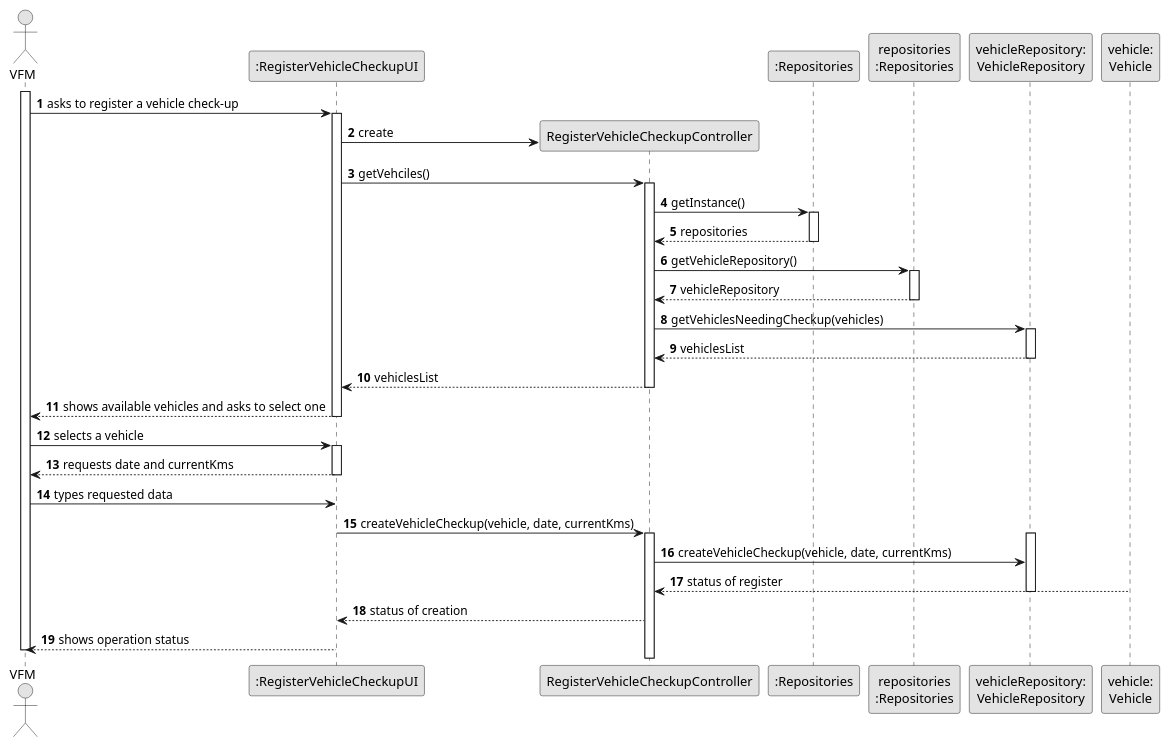
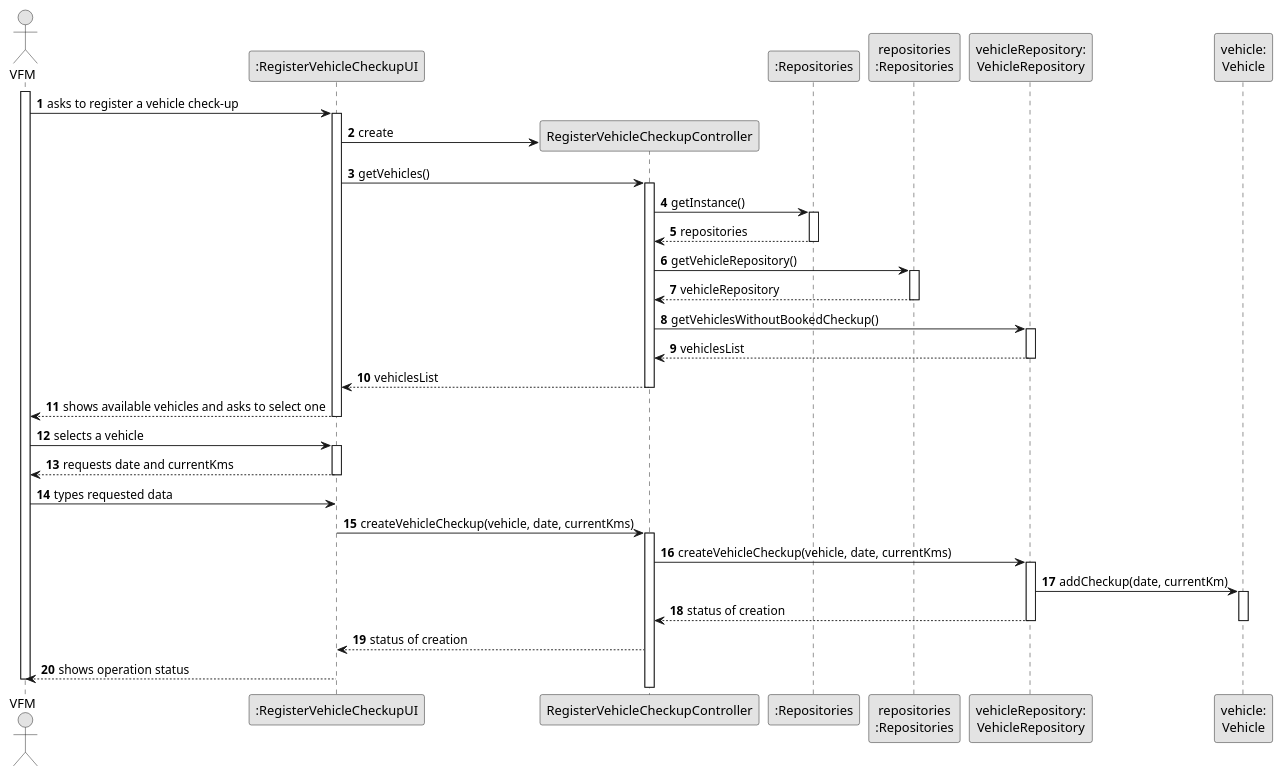
Before and after one commit to Departamento-de-Engenharia-Informatica/lei-24-s2-1do-g164: the diagram in docs/sprintB/us007/03.design/puml/us007-sequence-diagram-full.puml, drawn with PlantUML. The commit also changed 14 other files, not shown here.

Commit message:
us007(docs): changes in sd and class diagram

```diff
--- a/docs/sprintB/us007/03.design/puml/us007-sequence-diagram-full.puml
+++ b/docs/sprintB/us007/03.design/puml/us007-sequence-diagram-full.puml
@@ -1,80 +1,86 @@
 @startuml
 skinparam monochrome true
 skinparam packageStyle rectangle
 skinparam shadowing false
 
 autonumber
 
 'hide footbox
 actor "VFM" as VFM
 participant ":RegisterVehicleCheckupUI" as UI
 participant "RegisterVehicleCheckupController" as CTRL
 participant ":Repositories" as RepositorySingleton
 participant "repositories\n:Repositories" as PLAT
 participant "vehicleRepository:\nVehicleRepository" as VehicleRepository
 participant "vehicle:\nVehicle" as vehicle
 activate VFM
 
         VFM -> UI : asks to register a vehicle check-up
 
         activate UI
 
 '            UI --> ADM : requests data (reference, description,  informal \n description, technical description, duration, cost)
             'create CTRL
             UI -> CTRL** : create
 
-            UI -> CTRL : getVehciles()
+            UI -> CTRL : getVehicles()
             activate CTRL
 
                 CTRL -> RepositorySingleton : getInstance()
                 activate RepositorySingleton
 
                     RepositorySingleton --> CTRL: repositories
                 deactivate RepositorySingleton
 
                 CTRL -> PLAT : getVehicleRepository()
                 activate PLAT
 
                     PLAT --> CTRL: vehicleRepository
                 deactivate PLAT
 
-                CTRL -> VehicleRepository : getVehiclesNeedingCheckup(vehicles)
+                CTRL -> VehicleRepository : getVehiclesWithoutBookedCheckup()
                 activate VehicleRepository
 
                     VehicleRepository --> CTRL : vehiclesList
                 deactivate VehicleRepository
 
                 CTRL --> UI : vehiclesList
             deactivate CTRL
 
             UI --> VFM : shows available vehicles and asks to select one
         deactivate UI
 
     VFM -> UI : selects a vehicle
     activate UI
 
         UI --> VFM : requests date and currentKms
     deactivate UI
 
     VFM -> UI : types requested data
 
 
 
         UI -> CTRL : createVehicleCheckup(vehicle, date, currentKms)
         activate CTRL
-activate  VehicleRepository
-
-                CTRL -> VehicleRepository : createVehicleCheckup(vehicle, date, currentKms)
 
 
 
 
+                CTRL -> VehicleRepository : createVehicleCheckup(vehicle, date, currentKms)
+activate  VehicleRepository
 
-                  vehicle--> CTRL: status of register
+VehicleRepository-> vehicle: addCheckup(date, currentKm)
+activate vehicle
+
+
+
+ VehicleRepository--> CTRL: status of creation
+ deactivate vehicle
+
 deactivate VehicleRepository
 
 CTRL --> UI : status of creation
 UI -->VFM : shows operation status
 deactivate VFM
 
 @enduml
```
